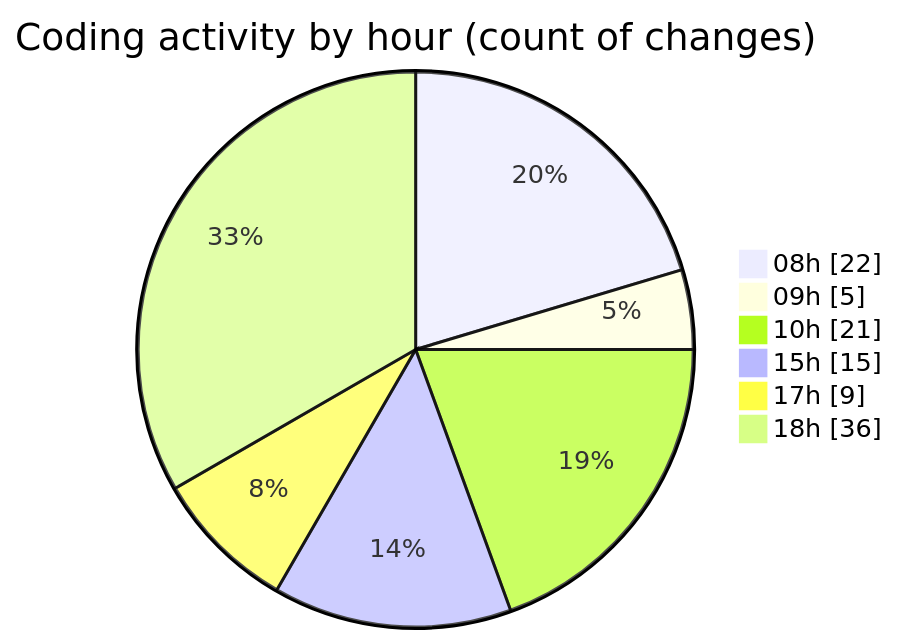
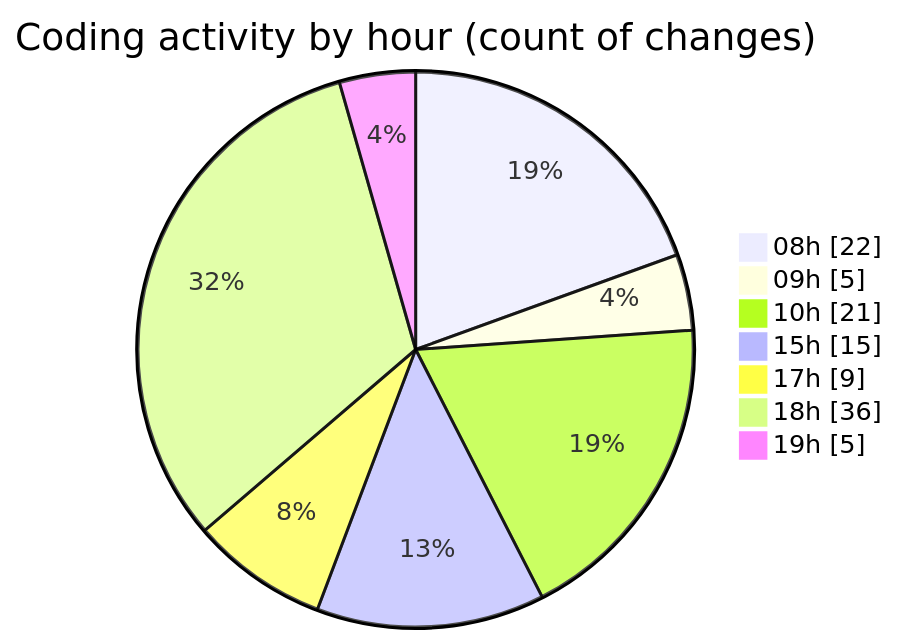
The second of 2 diagrams in 2025-02-17/mbc-web/README.md (robertbonfada/code-tracking), drawn with Mermaid before and after one commit. The commit also changed other lines of this file and 1 other file, not shown here.

````diff
--- a/2025-02-17/mbc-web/README.md
+++ b/2025-02-17/mbc-web/README.md
@@ -48,10 +48,11 @@
 ```mermaid
 pie showData
 title Coding activity by hour (count of changes)
 "08h" : 22
 "09h" : 5
 "10h" : 21
 "15h" : 15
 "17h" : 9
 "18h" : 36
+"19h" : 5
 ```
````
